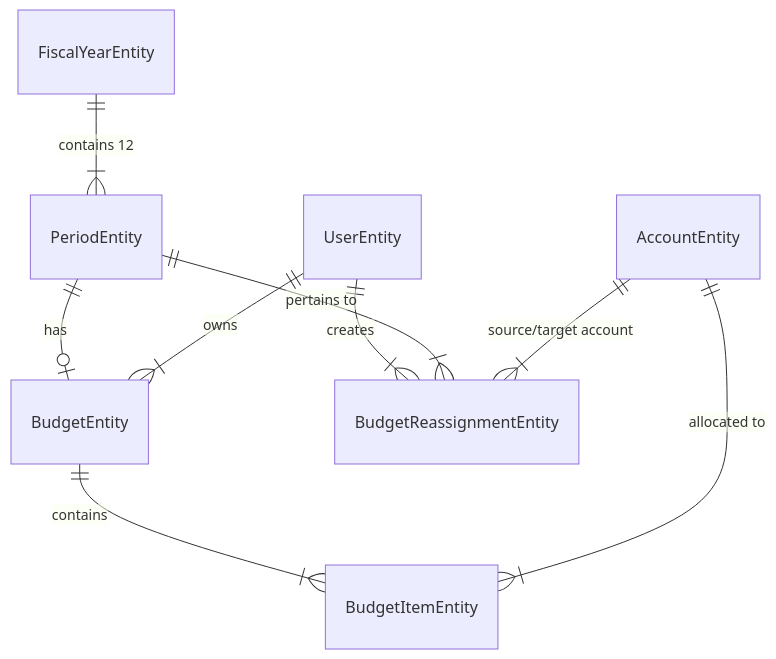
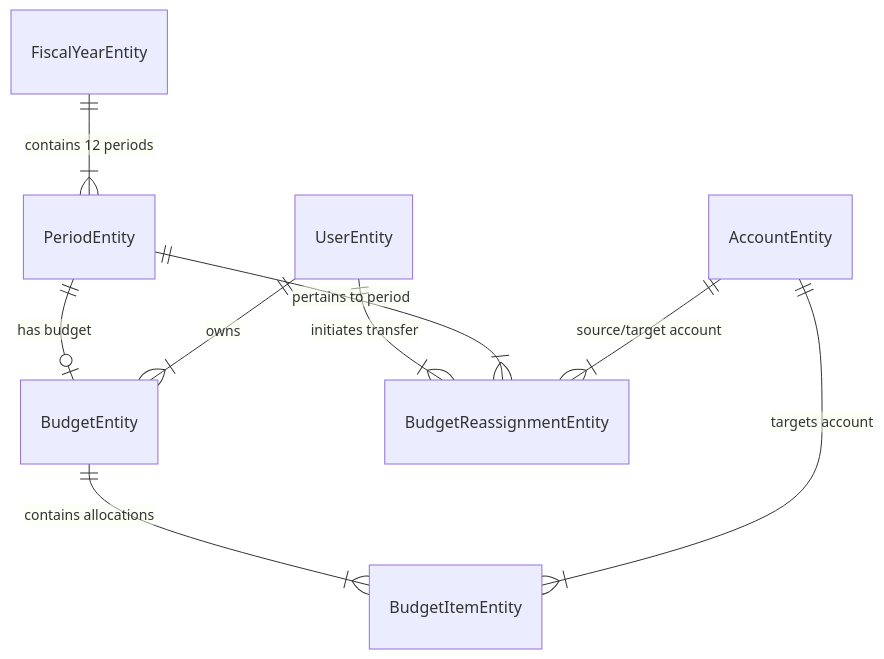
Before and after one commit to alemendieta017/sistema-contable: the diagram in specs/017-budget-planning-ux/data-model.md, drawn with Mermaid. The commit also changed other lines of this file and 39 other files, not shown here.

````diff
--- a/specs/017-budget-planning-ux/data-model.md
+++ b/specs/017-budget-planning-ux/data-model.md
@@ -9,11 +9,11 @@
 ```mermaid
 erDiagram
-    FiscalYearEntity ||--|{ PeriodEntity : "contains 12"
-    PeriodEntity ||--o| BudgetEntity : "has"
+    FiscalYearEntity ||--|{ PeriodEntity : "contains 12 periods"
+    PeriodEntity ||--o| BudgetEntity : "has budget"
     UserEntity ||--|{ BudgetEntity : "owns"
-    BudgetEntity ||--|{ BudgetItemEntity : "contains"
-    AccountEntity ||--|{ BudgetItemEntity : "allocated to"
-    UserEntity ||--|{ BudgetReassignmentEntity : "creates"
-    PeriodEntity ||--|{ BudgetReassignmentEntity : "pertains to"
+    BudgetEntity ||--|{ BudgetItemEntity : "contains allocations"
+    AccountEntity ||--|{ BudgetItemEntity : "targets account"
+    UserEntity ||--|{ BudgetReassignmentEntity : "initiates transfer"
+    PeriodEntity ||--|{ BudgetReassignmentEntity : "pertains to period"
     AccountEntity ||--|{ BudgetReassignmentEntity : "source/target account"
 ```
````
